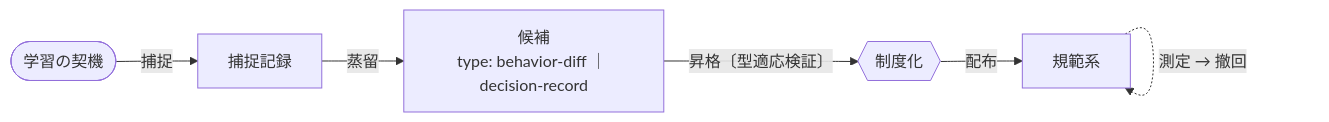
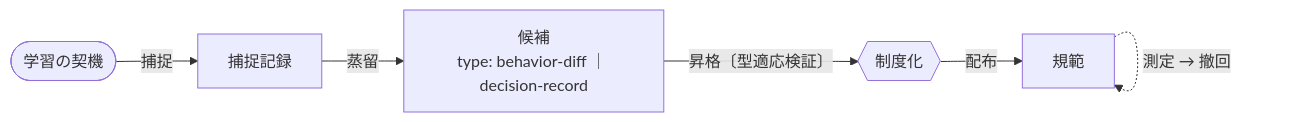
Before and after one commit to kuchita-el/claude-shared-skills: the diagram in plugins/growth/DESIGN.md, drawn with Mermaid. The commit also changed other lines of this file, not shown here.

First line of the commit message:
fix(growth): 規範系→規範・§3補足の§4重複を削減（#431 2次レビュー）

````diff
--- a/plugins/growth/DESIGN.md
+++ b/plugins/growth/DESIGN.md
@@ -52,14 +52,14 @@
 ```mermaid
 flowchart LR
     ORI(["学習の契機"])
     OBS["捕捉記録"]
     CAND["候補<br/>type: behavior-diff ｜ decision-record"]
     ADJ{{"制度化"}}
-    NORM["規範系"]
+    NORM["規範"]
 
     ORI -->|捕捉| OBS
     OBS -->|蒸留| CAND
     CAND -->|"昇格〔型適応検証〕"| ADJ
     ADJ -->|配布| NORM
     NORM -.->|"測定 → 撤回"| NORM
 ```
````
